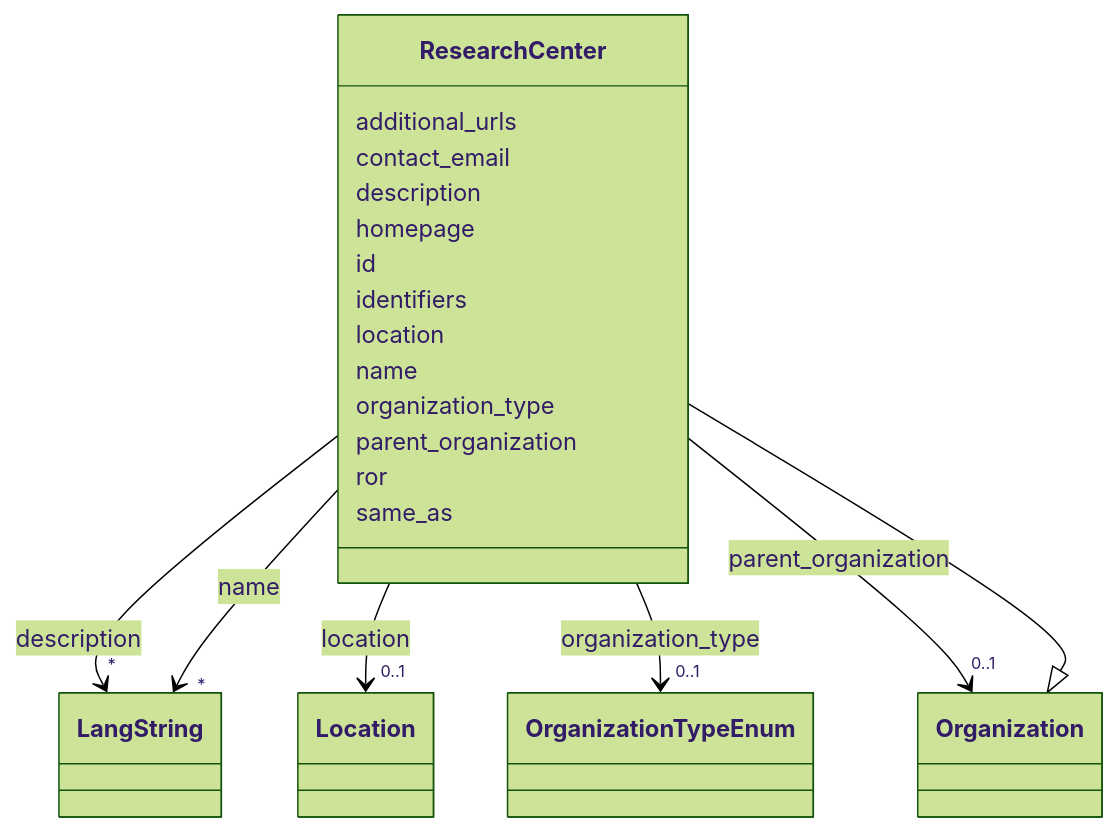
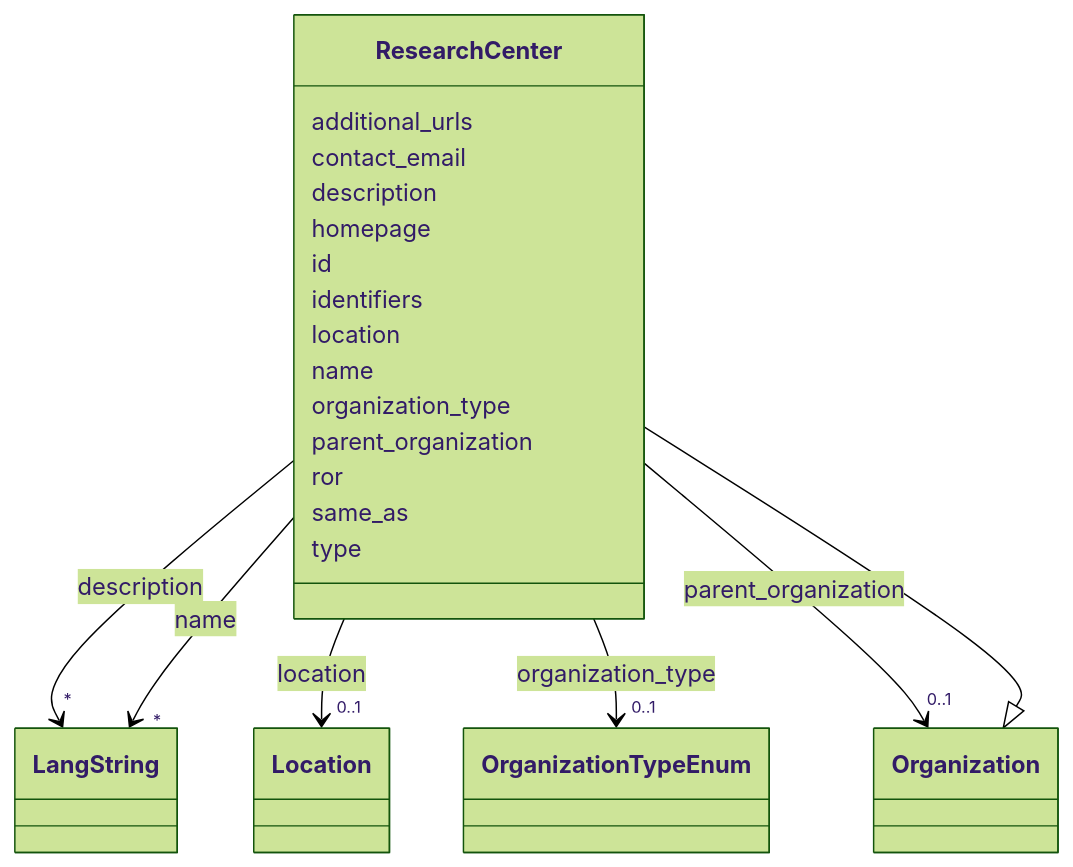
The diagram in docs/classes/ResearchCenter.md (DARIAH-IL/idhi-manifests), drawn with Mermaid (forest theme) before and after one commit. The commit also changed other lines of this file and 26 other files, not shown here.

````diff
--- a/docs/classes/ResearchCenter.md
+++ b/docs/classes/ResearchCenter.md
@@ -23,78 +23,80 @@
 ```mermaid
  classDiagram
     class ResearchCenter
     click ResearchCenter href "../../classes/ResearchCenter/"
       Organization <|-- ResearchCenter
         click Organization href "../../classes/Organization/"
       
       ResearchCenter : additional_urls
         
       ResearchCenter : contact_email
         
       ResearchCenter : description
         
           
     
         
         
         ResearchCenter --> "*" LangString : description
         click LangString href "../../classes/LangString/"
     
 
         
       ResearchCenter : homepage
         
       ResearchCenter : id
         
       ResearchCenter : identifiers
         
       ResearchCenter : location
         
           
     
         
         
         ResearchCenter --> "0..1" Location : location
         click Location href "../../classes/Location/"
     
 
         
       ResearchCenter : name
         
           
     
         
         
         ResearchCenter --> "*" LangString : name
         click LangString href "../../classes/LangString/"
     
 
         
       ResearchCenter : organization_type
         
           
     
         
         
         ResearchCenter --> "0..1" OrganizationTypeEnum : organization_type
         click OrganizationTypeEnum href "../../enums/OrganizationTypeEnum/"
     
 
         
       ResearchCenter : parent_organization
         
           
     
         
         
         ResearchCenter --> "0..1" Organization : parent_organization
         click Organization href "../../classes/Organization/"
     
 
         
       ResearchCenter : ror
         
       ResearchCenter : same_as
         
+      ResearchCenter : type
+        
       
 ```
````
